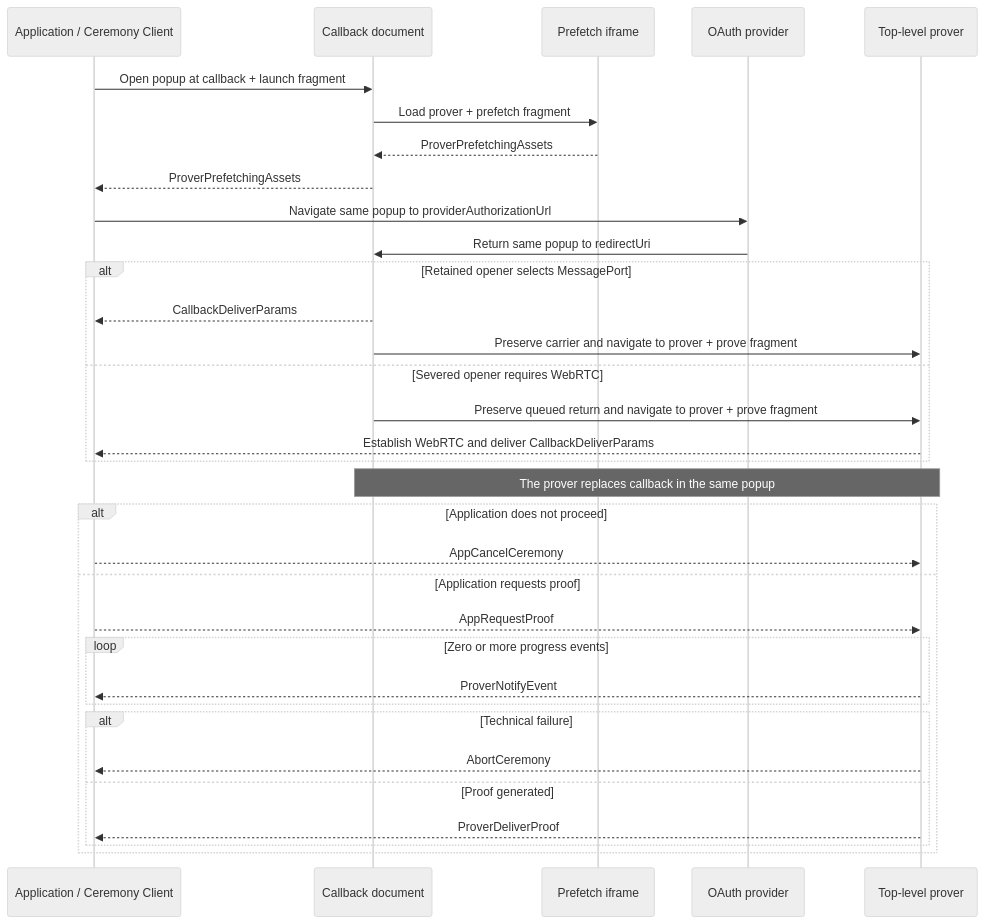
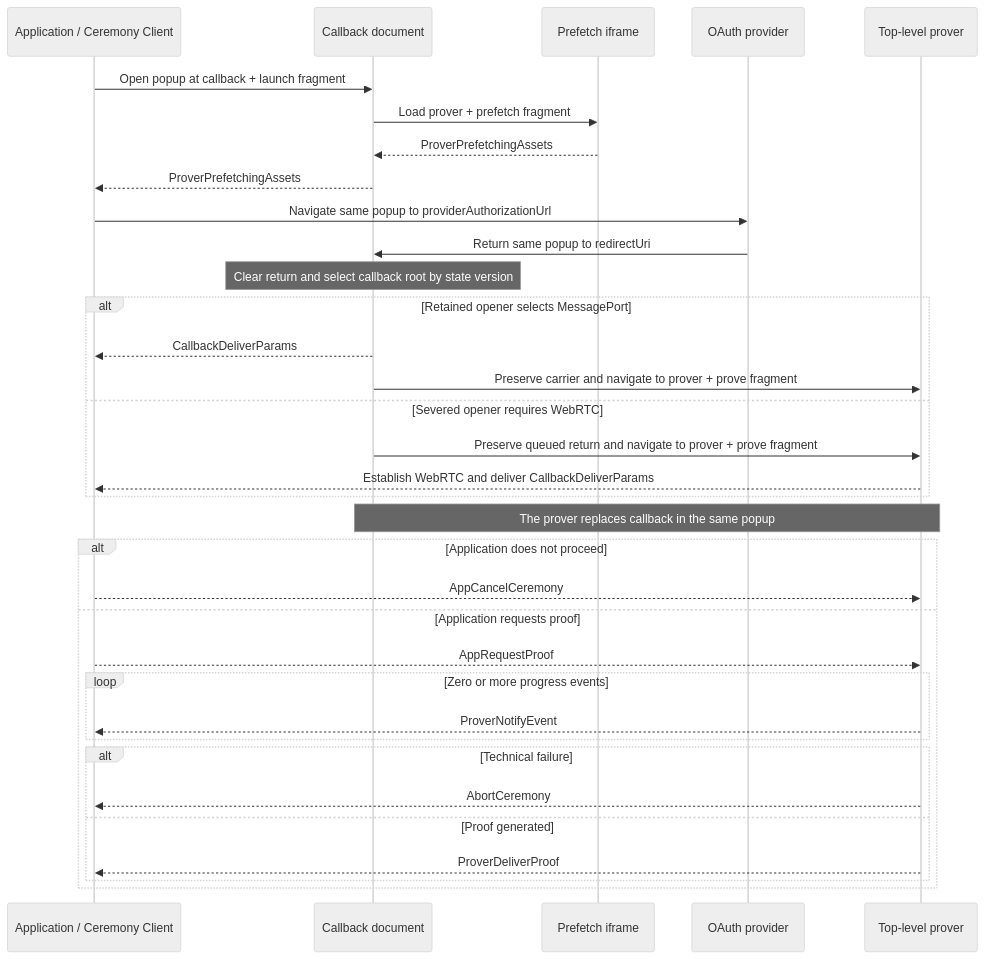
Before and after one commit to libid-org/libid: the diagram in ts/packages/ceremony/CCDP.md, drawn with Mermaid (neutral theme). The commit also changed other lines of this file and 6 other files, not shown here.

````diff
--- a/ts/packages/ceremony/CCDP.md
+++ b/ts/packages/ceremony/CCDP.md
@@ -79,36 +83,37 @@
 ```mermaid
 sequenceDiagram
     participant A as Application / Ceremony Client
     participant C as Callback document
     participant F as Prefetch iframe
     participant O as OAuth provider
     participant P as Top-level prover
 
     A->>C: Open popup at callback + launch fragment
     C->>F: Load prover + prefetch fragment
     F-->>C: ProverPrefetchingAssets
     C-->>A: ProverPrefetchingAssets
     A->>O: Navigate same popup to providerAuthorizationUrl
     O->>C: Return same popup to redirectUri
+    Note over C: Clear return and select callback root by state version
     alt Retained opener selects MessagePort
         C-->>A: CallbackDeliverParams
         C->>P: Preserve carrier and navigate to prover + prove fragment
     else Severed opener requires WebRTC
         C->>P: Preserve queued return and navigate to prover + prove fragment
         P-->>A: Establish WebRTC and deliver CallbackDeliverParams
     end
     Note over C,P: The prover replaces callback in the same popup
     alt Application does not proceed
         A-->>P: AppCancelCeremony
     else Application requests proof
         A-->>P: AppRequestProof
         loop Zero or more progress events
             P-->>A: ProverNotifyEvent
         end
         alt Technical failure
             P-->>A: AbortCeremony
         else Proof generated
             P-->>A: ProverDeliverProof
         end
     end
 ```
````
